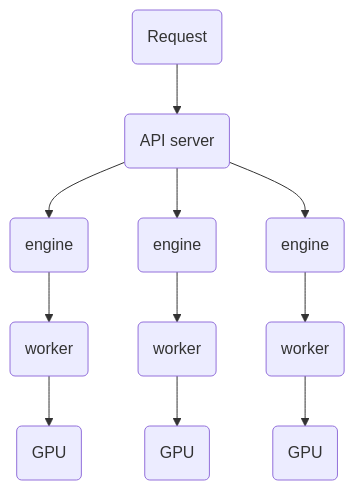
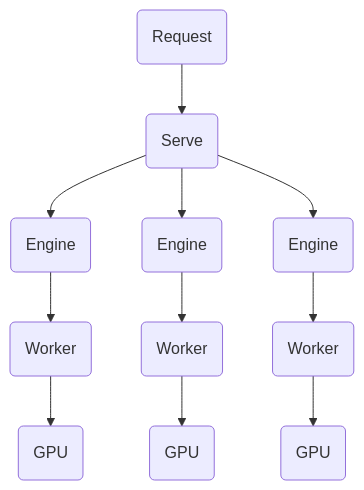
Before and after one commit to vllm-project/vllm-omni: the diagram in docs/design/feature/fault_injection_reliability_matrix.md, drawn with Mermaid. The commit also changed other lines of this file, not shown here.

````diff
--- a/docs/design/feature/fault_injection_reliability_matrix.md
+++ b/docs/design/feature/fault_injection_reliability_matrix.md
@@ -25,13 +25,13 @@
 ```mermaid
 flowchart TD
-    R(Request)--> A(API server)
-    A --> B(engine)
-    A --> C(engine)
-    A --> D(engine)
-    B --> E(worker)
-    C --> F(worker)
-    D --> I(worker)
+    R(Request)--> A(Serve)
+    A --> B(Engine)
+    A --> C(Engine)
+    A --> D(Engine)
+    B --> E(Worker)
+    C --> F(Worker)
+    D --> I(Worker)
     E --> G(GPU)
     F --> H(GPU)
     I --> L(GPU)
 ```
````
